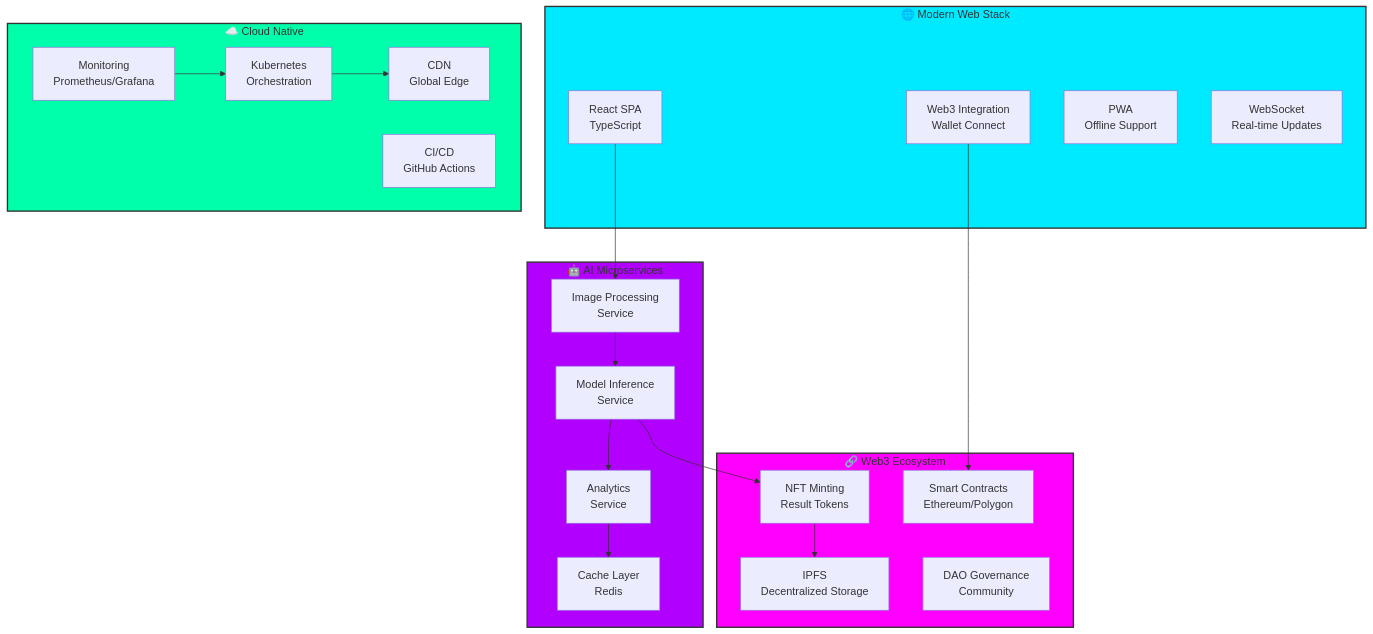
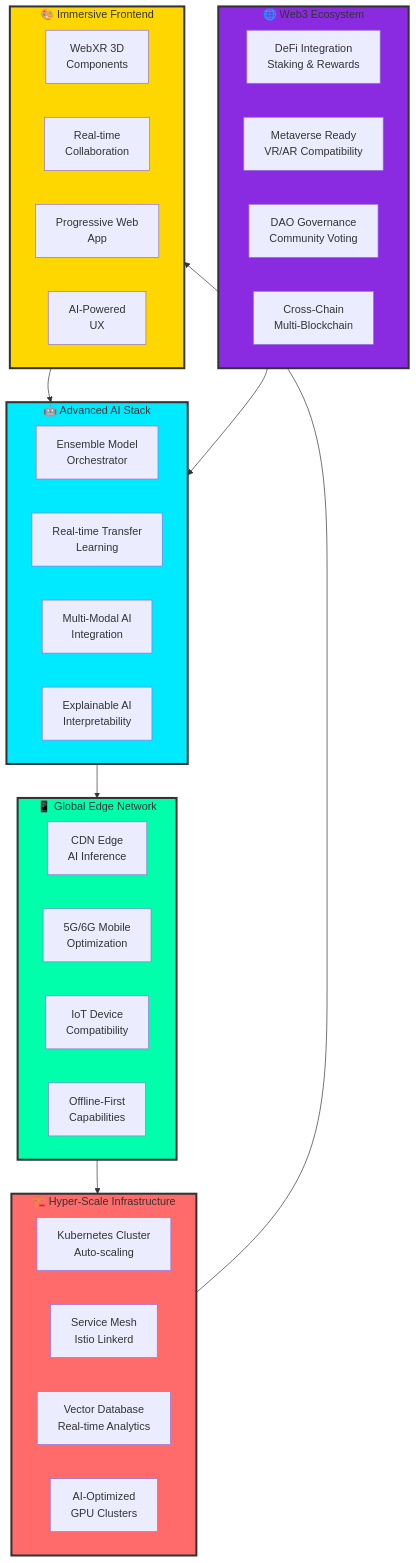
The first of 3 diagrams in README.md (Dibyendu17122003/CAT-DOG-Image-Classifier-Teachable-Machine), drawn with Mermaid before and after one commit. The commit also changed other lines of this file, not shown here.

````diff
--- a/README.md
+++ b/README.md
@@ -31,50 +36,55 @@
 ```mermaid
 flowchart TB
-    %% Frontend Layer
-    subgraph Frontend[🌐 Modern Web Stack]
-        A[React SPA<br/>TypeScript]
-        B[Web3 Integration<br/>Wallet Connect]
-        C[PWA<br/>Offline Support]
-        D[WebSocket<br/>Real-time Updates]
+    %% Advanced AI Layer
+    subgraph AI[🤖 Advanced AI Stack]
+        A1[Ensemble Model<br/>Orchestrator]
+        A2[Real-time Transfer<br/>Learning]
+        A3[Multi-Modal AI<br/>Integration]
+        A4[Explainable AI<br/>Interpretability]
     end
 
-    %% AI Microservices
-    subgraph AI[🤖 AI Microservices]
-        E[Image Processing<br/>Service]
-        F[Model Inference<br/>Service]
-        G[Analytics<br/>Service]
-        H[Cache Layer<br/>Redis]
+    %% Web3 & Blockchain Layer
+    subgraph Web3[🌐 Web3 Ecosystem]
+        W1[DeFi Integration<br/>Staking & Rewards]
+        W2[Metaverse Ready<br/>VR/AR Compatibility]
+        W3[DAO Governance<br/>Community Voting]
+        W4[Cross-Chain<br/>Multi-Blockchain]
     end
 
-    %% Blockchain & Web3
-    subgraph Web3[🔗 Web3 Ecosystem]
-        I[Smart Contracts<br/>Ethereum/Polygon]
-        J[IPFS<br/>Decentralized Storage]
-        K[NFT Minting<br/>Result Tokens]
-        L[DAO Governance<br/>Community]
+    %% Edge Computing Network
+    subgraph Edge[📱 Global Edge Network]
+        E1[CDN Edge<br/>AI Inference]
+        E2[5G/6G Mobile<br/>Optimization]
+        E3[IoT Device<br/>Compatibility]
+        E4[Offline-First<br/>Capabilities]
     end
 
-    %% Infrastructure
-    subgraph Infra[☁️ Cloud Native]
-        M[Kubernetes<br/>Orchestration]
-        N[CDN<br/>Global Edge]
-        O[Monitoring<br/>Prometheus/Grafana]
-        P[CI/CD<br/>GitHub Actions]
+    %% Advanced Infrastructure
+    subgraph Infra[🏗️ Hyper-Scale Infrastructure]
+        I1[Kubernetes Cluster<br/>Auto-scaling]
+        I2[Service Mesh<br/>Istio Linkerd]
+        I3[Vector Database<br/>Real-time Analytics]
+        I4[AI-Optimized<br/>GPU Clusters]
+    end
+
+    %% Frontend Experience
+    subgraph Frontend[🎨 Immersive Frontend]
+        F1[WebXR 3D<br/>Components]
+        F2[Real-time<br/>Collaboration]
+        F3[Progressive Web<br/>App]
+        F4[AI-Powered<br/>UX]
     end
 
     %% Data Flow
-    A --> E
-    B --> I
-    E --> F
-    F --> G
-    G --> H
-    F --> K
-    K --> J
-    M --> N
-    O --> M
+    Frontend --> AI
+    Web3 --> AI
+    AI --> Edge
+    Edge --> Infra
+    Infra --> Frontend
     
-    style Frontend fill:#00eaff,stroke:#333,stroke-width:2px
-    style AI fill:#b200ff,stroke:#333,stroke-width:2px
-    style Web3 fill:#ff00ff,stroke:#333,stroke-width:2px
-    style Infra fill:#00ffaa,stroke:#333,stroke-width:2px
+    style AI fill:#00eaff,stroke:#333,stroke-width:3px
+    style Web3 fill:#8A2BE2,stroke:#333,stroke-width:3px
+    style Edge fill:#00ffaa,stroke:#333,stroke-width:3px
+    style Infra fill:#FF6B6B,stroke:#333,stroke-width:3px
+    style Frontend fill:#FFD700,stroke:#333,stroke-width:3px
 ```
````
